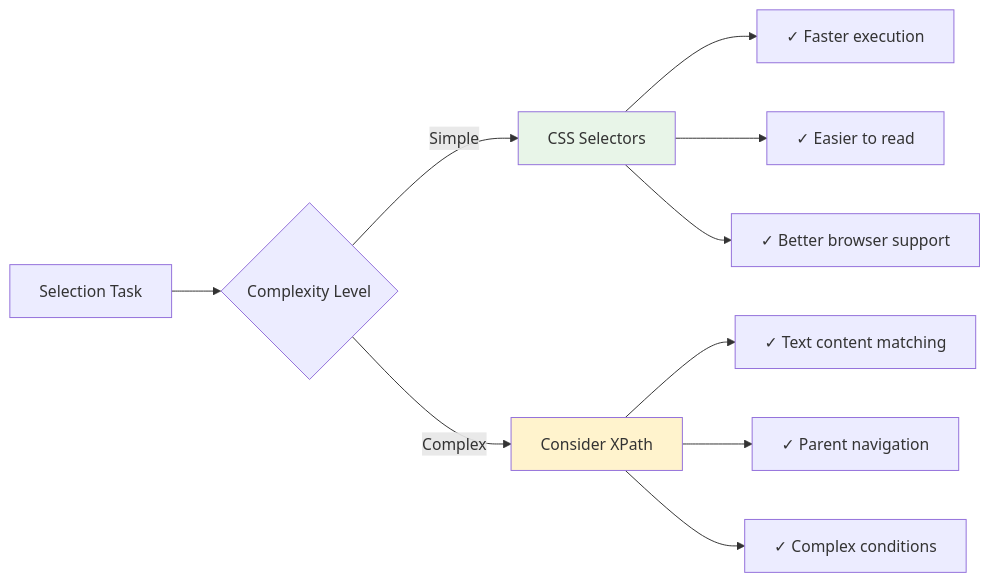
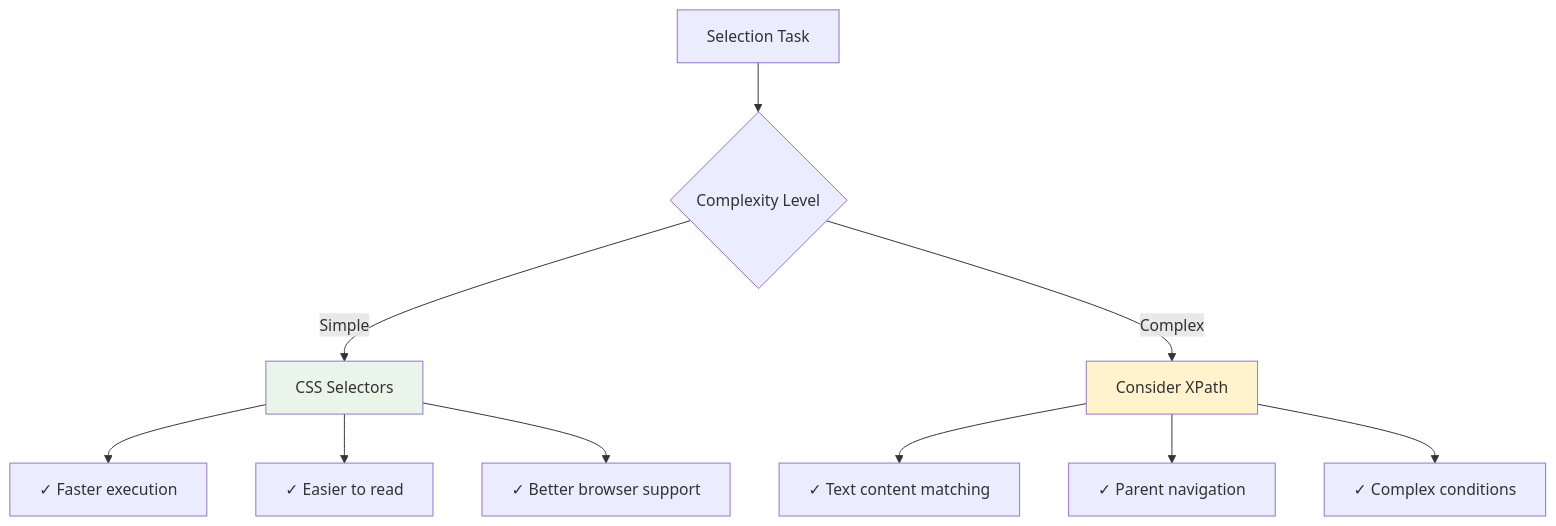
One commit to bytetunnels/bytetunnels.github.com changed the second of 2 diagrams in _posts/2025-05-02-css-selectors-made-simple.md. Above: the diagram before and after it, drawn with Mermaid. The commit also changed 25 other files, not shown here.

Commit message:
chore: fixed mermaid charts

````diff
--- a/_posts/2025-05-02-css-selectors-made-simple.md
+++ b/_posts/2025-05-02-css-selectors-made-simple.md
@@ -311,17 +311,19 @@
 ```mermaid
-graph LR
-    A[Selection Task] --> B{Complexity Level}
+graph TD
+    A[Selection Task]
+    A --> B{Complexity Level}
+
     B -->|Simple| C[CSS Selectors]
     B -->|Complex| D[Consider XPath]
-    
+
     C --> C1[✓ Faster execution]
     C --> C2[✓ Easier to read]
     C --> C3[✓ Better browser support]
-    
+
     D --> D1[✓ Text content matching]
     D --> D2[✓ Parent navigation]
     D --> D3[✓ Complex conditions]
-    
+
     style C fill:#e8f5e8
     style D fill:#fff3cd
 ```
````
